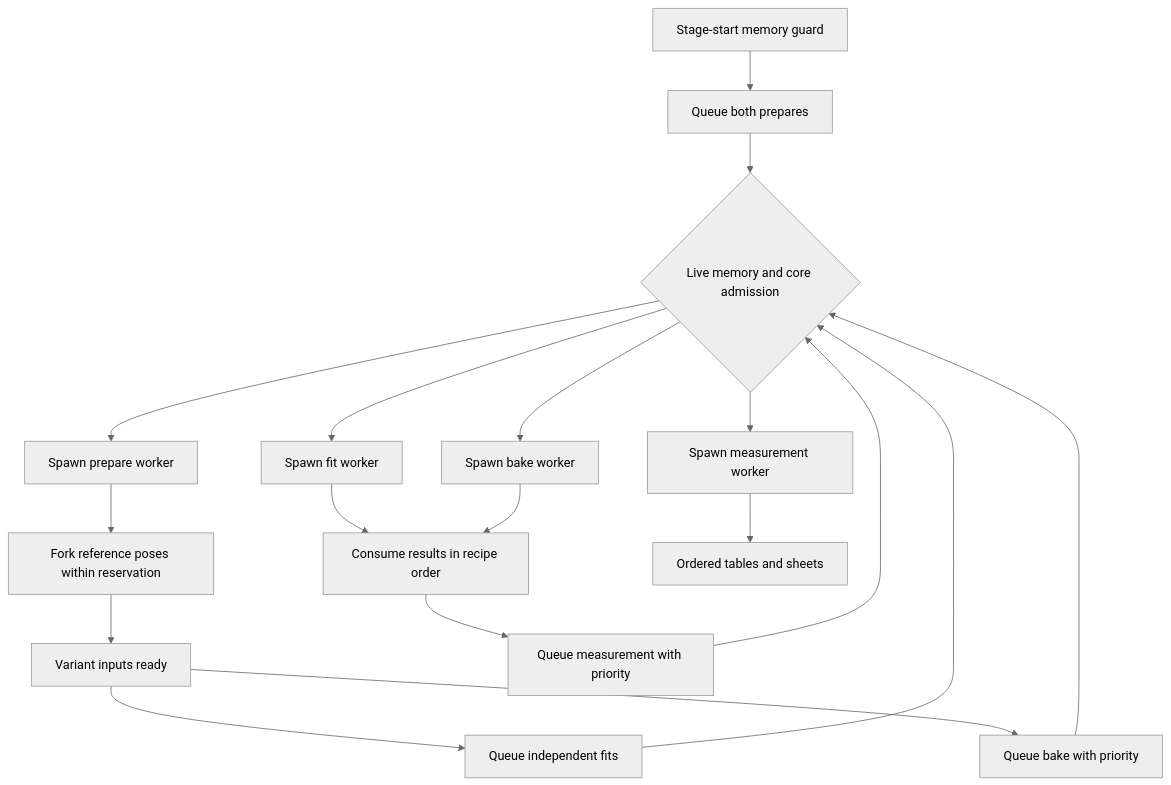
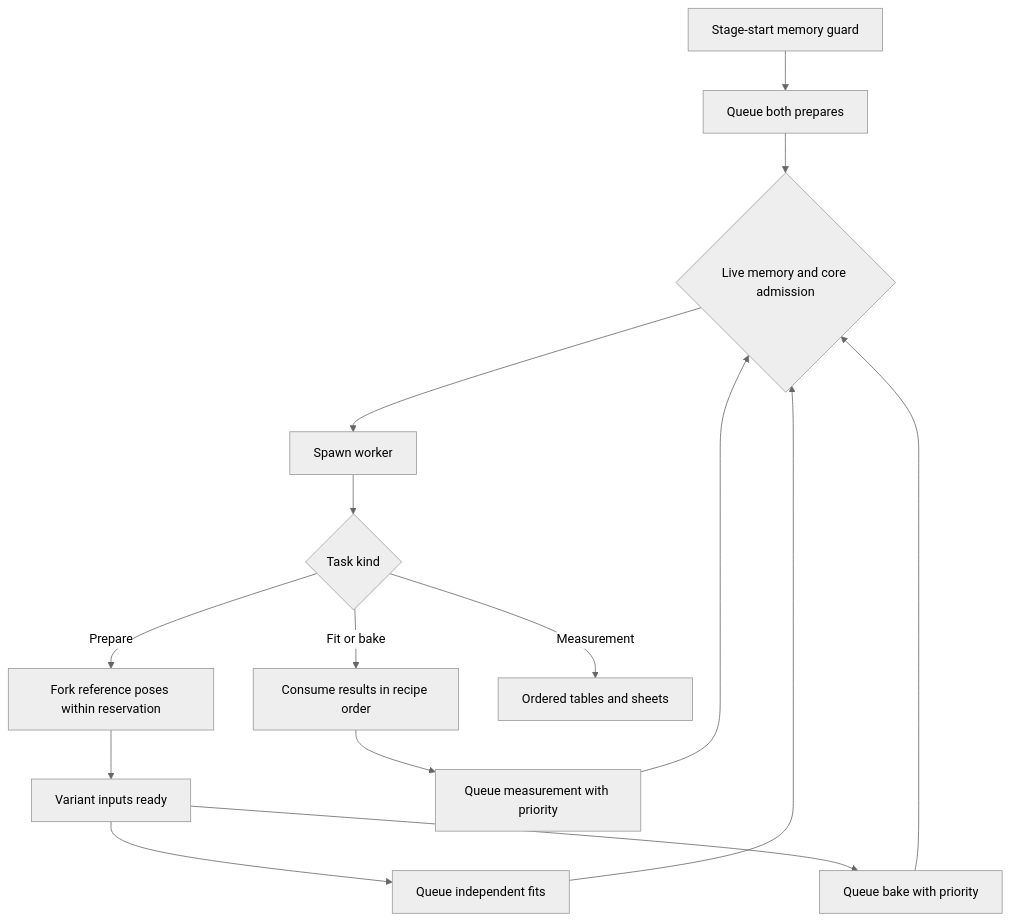
One commit to jose-villegas/autana changed the first of 2 diagrams in docs/tools/Render-Harness.md. Above: the diagram before and after it, drawn with Mermaid (neutral theme). The commit also changed 3 other files, not shown here.

````diff
--- a/docs/tools/Render-Harness.md
+++ b/docs/tools/Render-Harness.md
@@ -94,20 +94,17 @@
 ```mermaid
 flowchart TD
     Start[Stage-start memory guard] --> Queue[Queue both prepares]
     Queue --> Admission{Live memory and core admission}
-    Admission --> Prepare[Spawn prepare worker]
-    Prepare --> Poses[Fork reference poses within reservation]
+    Admission --> Worker[Spawn worker]
+    Worker --> Kind{Task kind}
+    Kind -->|Prepare| Poses[Fork reference poses within reservation]
     Poses --> Ready[Variant inputs ready]
     Ready --> Fits[Queue independent fits]
     Fits --> Admission
-    Admission --> Fit[Spawn fit worker]
     Ready --> Bake[Queue bake with priority]
     Bake --> Admission
-    Admission --> BakeWorker[Spawn bake worker]
-    Fit --> Ordered[Consume results in recipe order]
-    BakeWorker --> Ordered
+    Kind -->|Fit or bake| Ordered[Consume results in recipe order]
     Ordered --> Measure[Queue measurement with priority]
     Measure --> Admission
-    Admission --> MeasureWorker[Spawn measurement worker]
-    MeasureWorker --> Outputs[Ordered tables and sheets]
+    Kind -->|Measurement| Outputs[Ordered tables and sheets]
 ```
````
